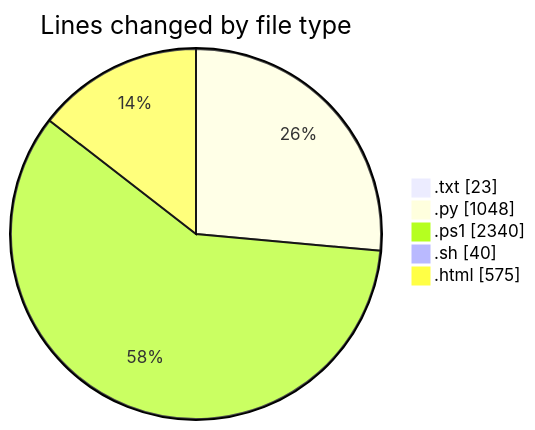
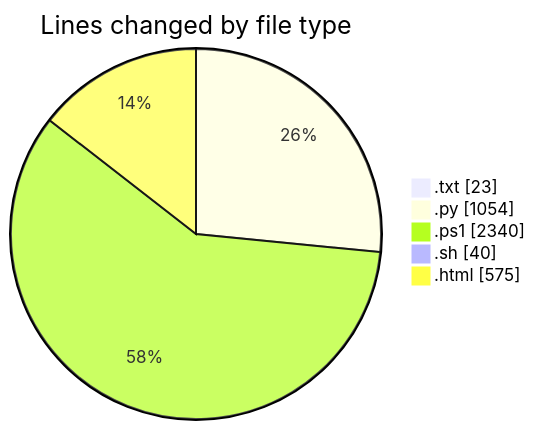
One commit to CELIANVF/code-tracking changed the first of 2 diagrams in 2025-05-16/python_app_deploy/README.md. Above: the diagram before and after it, drawn with Mermaid. The commit also changed other lines of this file and 1 other file, not shown here.

````diff
--- a/2025-05-16/python_app_deploy/README.md
+++ b/2025-05-16/python_app_deploy/README.md
@@ -41,9 +41,9 @@
 ```mermaid
 pie showData
 title Lines changed by file type
 ".txt" : 23
-".py" : 1048
+".py" : 1054
 ".ps1" : 2340
 ".sh" : 40
 ".html" : 575
 ```
````
